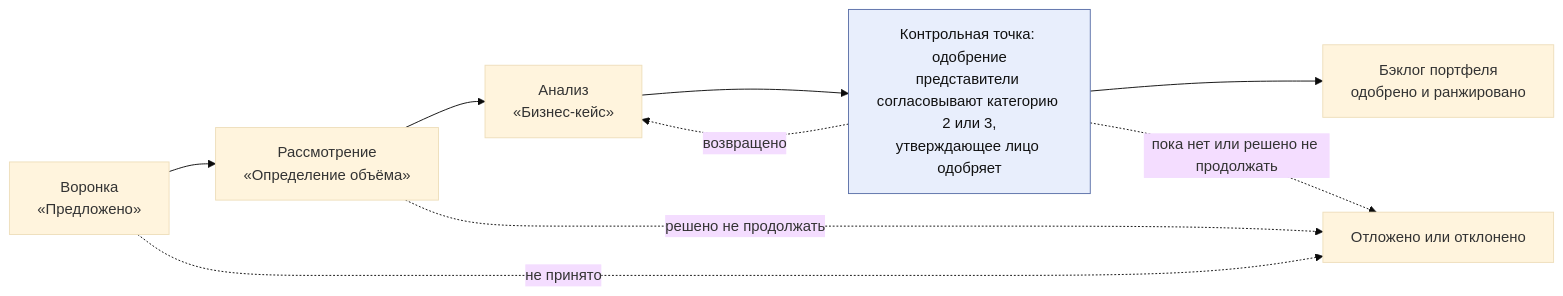
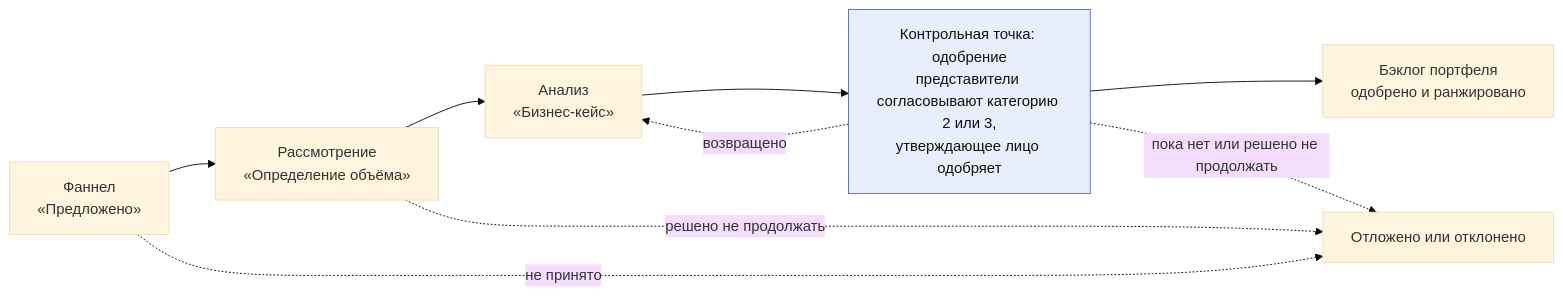
One commit to devhogu/ob-aicc changed the fourth of 10 diagrams in charter/ru/workflows/service-delivery.md. Above: the diagram before and after it, drawn with Mermaid (base theme). The commit also changed other lines of this file and 96 other files, not shown here.

First line of the commit message:
Russian edition: the portfolio Funnel is «фаннел», not «воронка»

````diff
--- a/charter/ru/workflows/service-delivery.md
+++ b/charter/ru/workflows/service-delivery.md
@@ -93,13 +93,13 @@
 ```mermaid
 flowchart LR
-  F["Воронка<br/>«Предложено»"] --> R["Рассмотрение<br/>«Определение объёма»"]
+  F["Фаннел<br/>«Предложено»"] --> R["Рассмотрение<br/>«Определение объёма»"]
   R --> A["Анализ<br/>«Бизнес-кейс»"]
   A --> G1["Контрольная точка: одобрение<br/>представители согласовывают категорию 2 или 3,<br/>утверждающее лицо одобряет"]
   G1 --> B["Бэклог портфеля<br/>одобрено и ранжировано"]
   G1 -.->|"возвращено"| A
   F -.->|"не принято"| DJ["Отложено или отклонено"]
   R -.->|"решено не продолжать"| DJ
   G1 -.->|"пока нет или решено не продолжать"| DJ
   classDef gate fill:#e8eefc,stroke:#5a6fa8,color:#111
   class G1 gate
 ```
````
